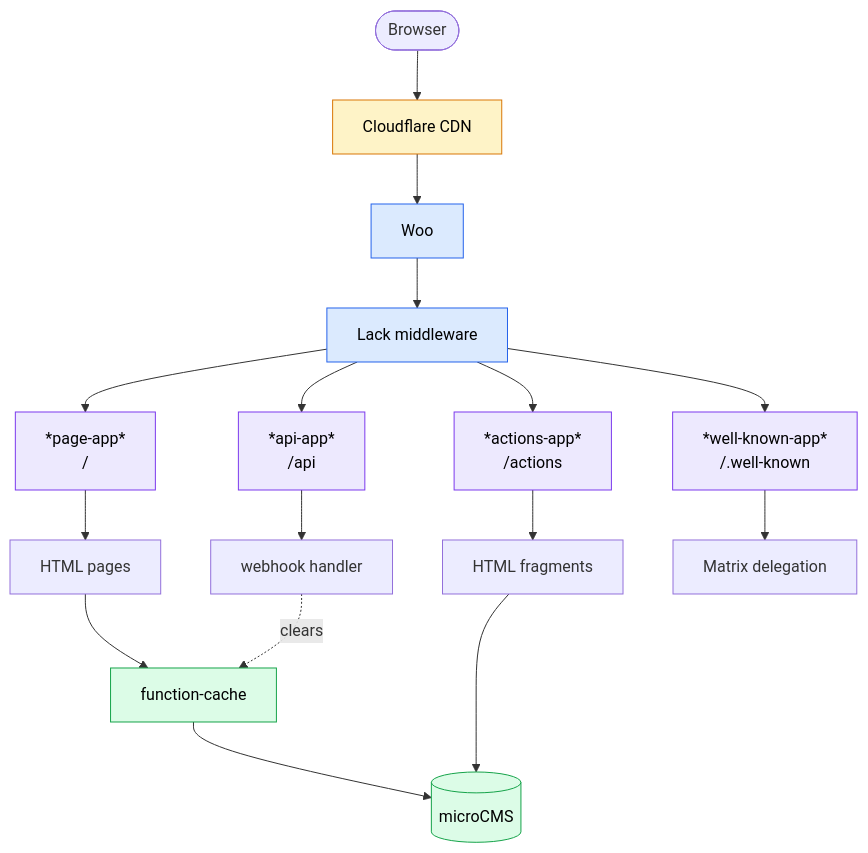
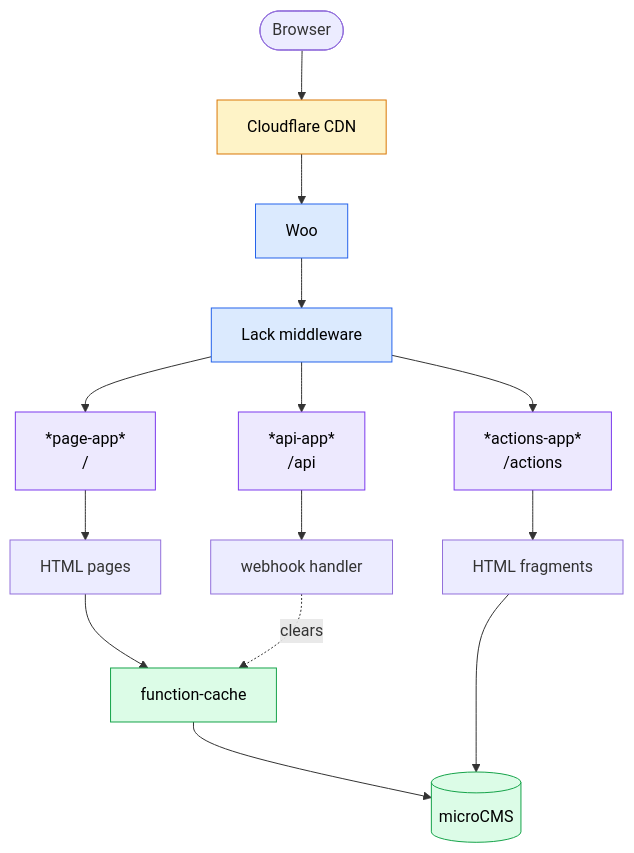
The diagram in README.md (skyizwhite/website), drawn with Mermaid before and after one commit. The commit also changed other lines of this file and 5 other files, not shown here.

First line of the commit message:
Remove the well-known app

````diff
--- a/README.md
+++ b/README.md
@@ -28,49 +28,46 @@
 ```mermaid
 flowchart TD
     Client([Browser])
 
     CDN[Cloudflare CDN]
 
     Woo[Woo]
     MW["Lack middleware"]
     Woo --> MW
 
     Page["#42;page-app#42;<br/>/"]
     Api["#42;api-app#42;<br/>/api"]
     Actions["#42;actions-app#42;<br/>/actions"]
-    WellKnown["#42;well-known-app#42;<br/>/.well-known"]
 
     Doc["HTML pages"]
     Revalidate["webhook handler"]
-    Delegation["Matrix delegation"]
     Def["HTML fragments"]
 
     Cache["function-cache"]
     Gap[" "]
     CMS[(microCMS)]
 
     Client --> CDN --> Woo
-    MW --> Page & Api & Actions & WellKnown
+    MW --> Page & Api & Actions
 
     Page --> Doc
     Api --> Revalidate
-    WellKnown --> Delegation
     Actions --> Def
 
     Doc --> Cache
     Revalidate -. clears .-> Cache
     Def --> CMS
     Cache --> CMS
     Def ~~~ Gap ~~~ CMS
 
     classDef edgeStyle fill:#fef3c7,stroke:#d97706,color:#000
     classDef serverStyle fill:#dbeafe,stroke:#2563eb,color:#000
     classDef appStyle fill:#ede9fe,stroke:#7c3aed,color:#000
     classDef dataStyle fill:#dcfce7,stroke:#16a34a,color:#000
 
     class CDN edgeStyle
     class Woo,MW serverStyle
-    class Page,Actions,Api,WellKnown appStyle
+    class Page,Actions,Api appStyle
     class Cache,CMS dataStyle
     style Gap fill:none,stroke:none
 ```
````
